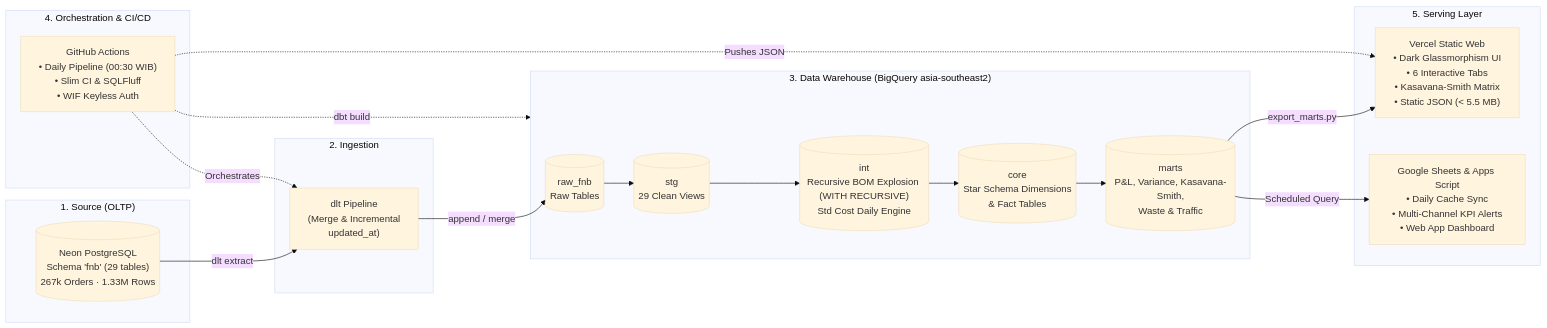
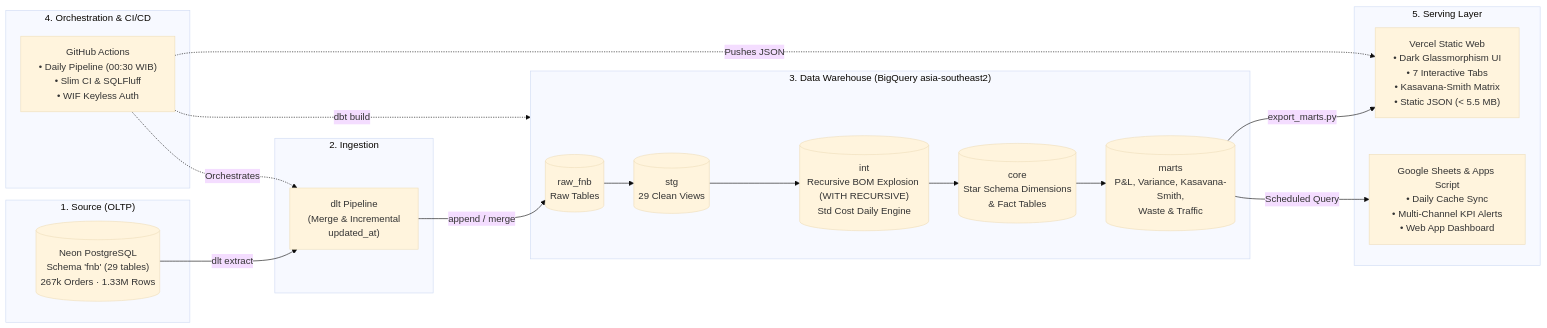
One commit to SMJ-205/data-infra-template changed the diagram in README.md. Above: the diagram before and after it, drawn with Mermaid (base theme). The commit also changed other lines of this file and 8 other files, not shown here.

````diff
--- a/README.md
+++ b/README.md
@@ -13,39 +13,39 @@
 ```mermaid
 flowchart LR
     subgraph OLTP["1. Source (OLTP)"]
         NEON[("Neon PostgreSQL<br/>Schema 'fnb' (29 tables)<br/>267k Orders · 1.33M Rows")]
     end
 
     subgraph INGEST["2. Ingestion"]
         DLT["dlt Pipeline<br/>(Merge & Incremental<br/>updated_at)"]
     end
 
     subgraph DWH["3. Data Warehouse (BigQuery asia-southeast2)"]
         RAW[("raw_fnb<br/>Raw Tables")]
         STG[("stg<br/>29 Clean Views")]
         INT[("int<br/>Recursive BOM Explosion (WITH RECURSIVE)<br/>Std Cost Daily Engine")]
         CORE[("core<br/>Star Schema Dimensions<br/>& Fact Tables")]
         MARTS[("marts<br/>P&L, Variance, Kasavana-Smith,<br/>Waste & Traffic")]
     end
 
     subgraph CI_CD["4. Orchestration & CI/CD"]
         GHA["GitHub Actions<br/>• Daily Pipeline (00:30 WIB)<br/>• Slim CI & SQLFluff<br/>• WIF Keyless Auth"]
     end
 
     subgraph SERVING["5. Serving Layer"]
-        VERCEL["Vercel Static Web<br/>• Dark Glassmorphism UI<br/>• 6 Interactive Tabs<br/>• Kasavana-Smith Matrix<br/>• Static JSON (< 5.5 MB)"]
+        VERCEL["Vercel Static Web<br/>• Dark Glassmorphism UI<br/>• 7 Interactive Tabs<br/>• Kasavana-Smith Matrix<br/>• Static JSON (< 5.5 MB)"]
         GSHEETS["Google Sheets & Apps Script<br/>• Daily Cache Sync<br/>• Multi-Channel KPI Alerts<br/>• Web App Dashboard"]
     end
 
     NEON -->|dlt extract| DLT
     DLT -->|append / merge| RAW
     RAW --> STG
     STG --> INT
     INT --> CORE
     CORE --> MARTS
     MARTS -->|export_marts.py| VERCEL
     MARTS -->|Scheduled Query| GSHEETS
     GHA -.->|Orchestrates| DLT
     GHA -.->|dbt build| DWH
     GHA -.->|Pushes JSON| VERCEL
 ```
````
